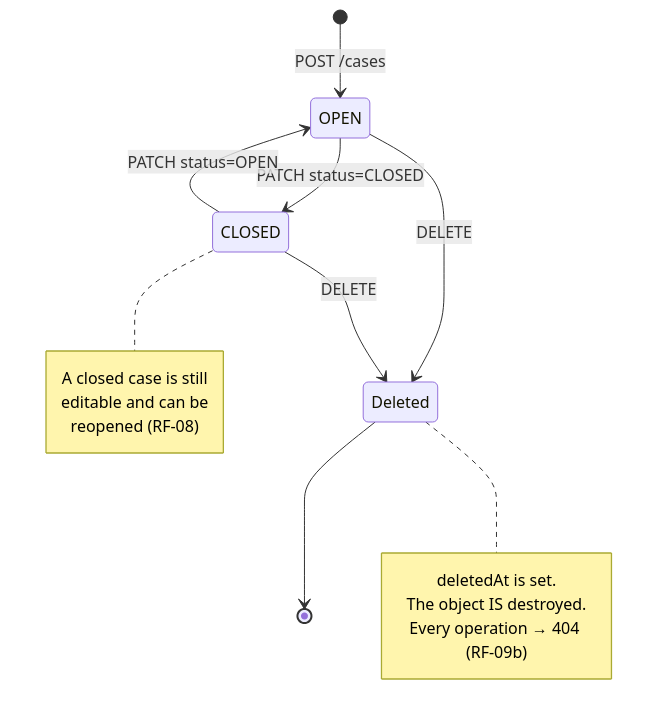
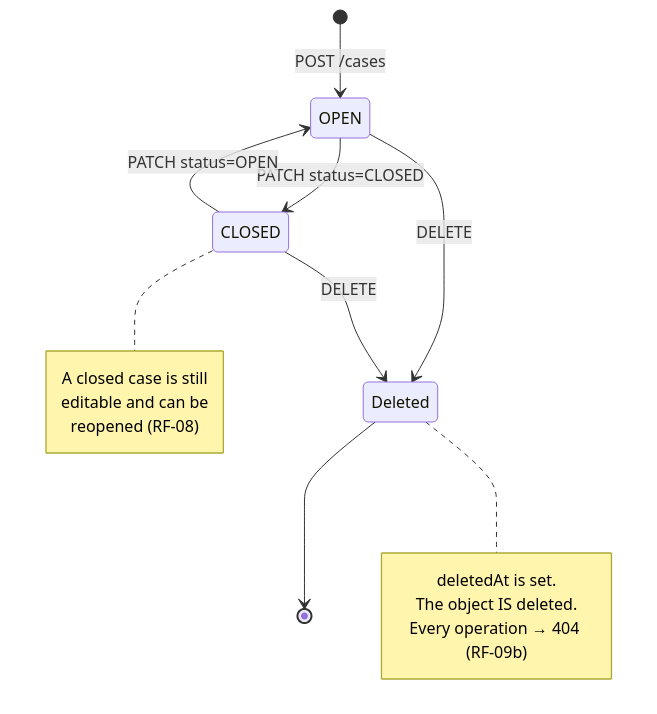
Before and after one commit to VaneeRivass/evidence-manager-api: the second of 3 diagrams in docs/requirements.md, drawn with Mermaid. The commit also changed other lines of this file and 8 other files, not shown here.

````diff
--- a/docs/requirements.md
+++ b/docs/requirements.md
@@ -267,21 +267,21 @@
 ```mermaid
 stateDiagram-v2
     [*] --> OPEN: POST /cases
     OPEN --> CLOSED: PATCH status=CLOSED
     CLOSED --> OPEN: PATCH status=OPEN
     OPEN --> Deleted: DELETE
     CLOSED --> Deleted: DELETE
     Deleted --> [*]
 
     note right of CLOSED
         A closed case is still
         editable and can be
         reopened (RF-08)
     end note
 
     note right of Deleted
         deletedAt is set.
-        The object IS destroyed.
+        The object IS deleted.
         Every operation → 404 (RF-09b)
     end note
 ```
````
